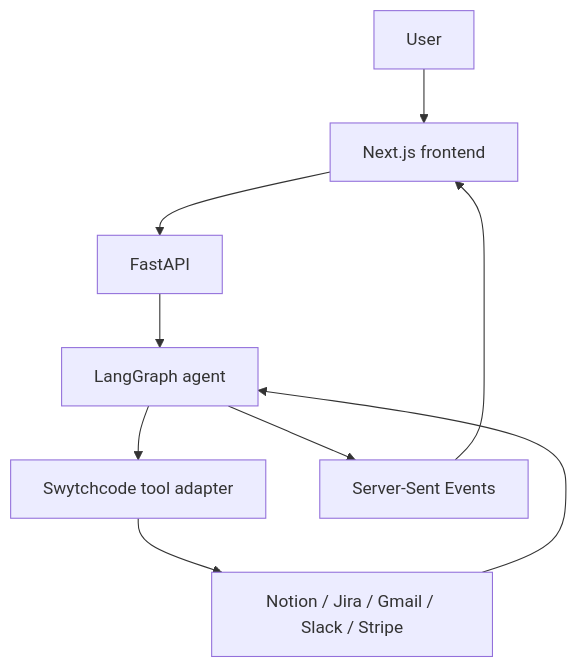
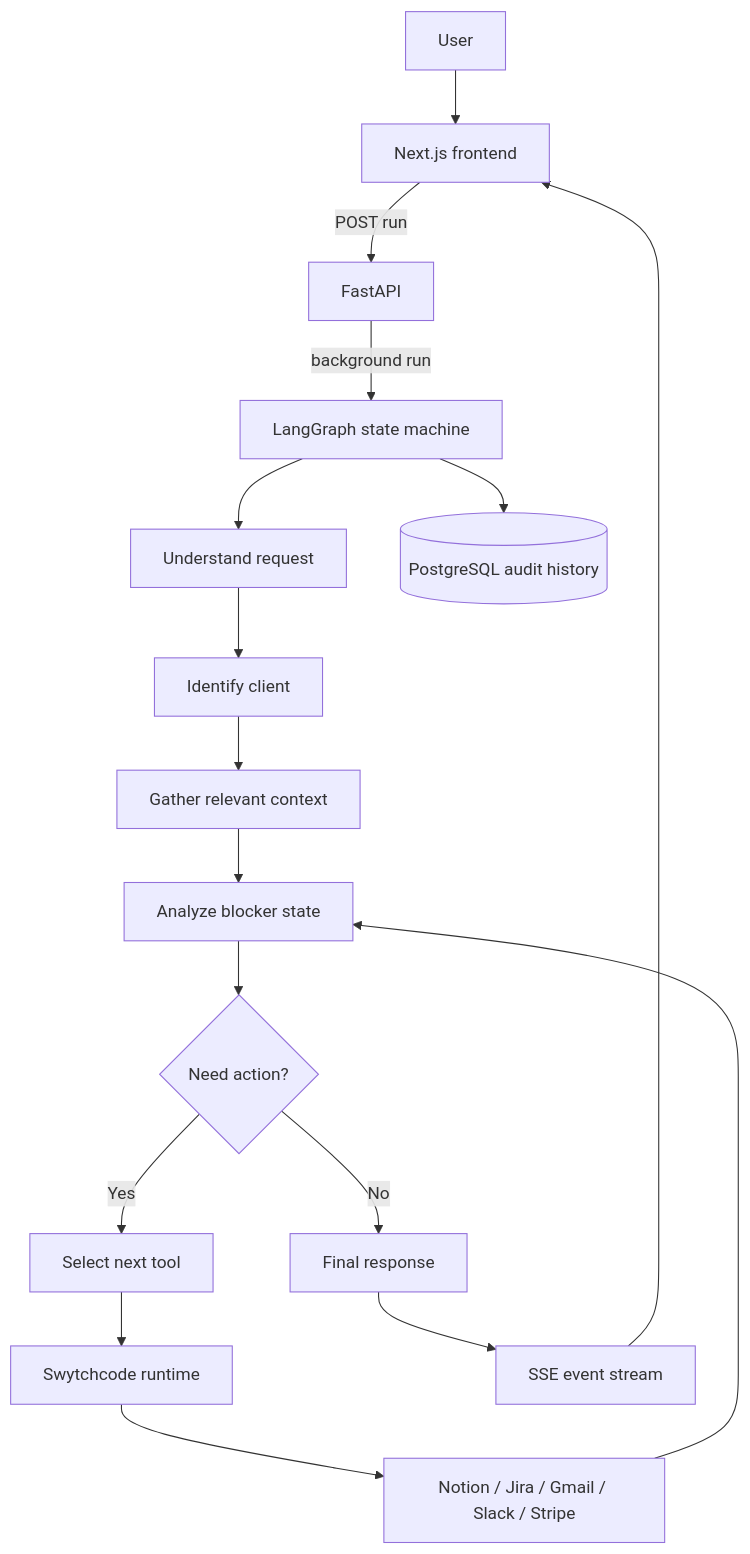
Before and after one commit to as-ga/clientpilot: the diagram in docs/architecture.md, drawn with Mermaid. The commit also changed other lines of this file and 1 other file, not shown here.

Commit message:
feat(docs): enhance architecture and demo script documentation with detailed workflows and value propositions

````diff
--- a/docs/architecture.md
+++ b/docs/architecture.md
@@ -5,11 +5,19 @@
 ```mermaid
 flowchart TD
     User --> Next[Next.js frontend]
-    Next --> API[FastAPI]
-    API --> Graph[LangGraph agent]
-    Graph --> Tools[Swytchcode tool adapter]
-    Tools --> Providers[Notion / Jira / Gmail / Slack / Stripe]
-    Providers --> Graph
-    Graph --> SSE[Server-Sent Events]
+    Next -->|POST run| API[FastAPI]
+    API -->|background run| Graph[LangGraph state machine]
+    Graph --> Understand[Understand request]
+    Understand --> Identify[Identify client]
+    Identify --> Context[Gather relevant context]
+    Context --> Analyze[Analyze blocker state]
+    Analyze --> Decision{Need action?}
+    Decision -->|No| Final[Final response]
+    Decision -->|Yes| Select[Select next tool]
+    Select --> Swytchcode[Swytchcode runtime]
+    Swytchcode --> Providers[Notion / Jira / Gmail / Slack / Stripe]
+    Providers --> Analyze
+    Final --> SSE[SSE event stream]
     SSE --> Next
+    Graph --> DB[(PostgreSQL audit history)]
 ```
````
